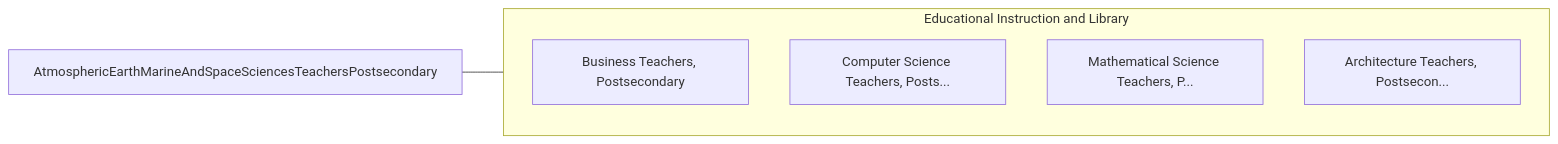
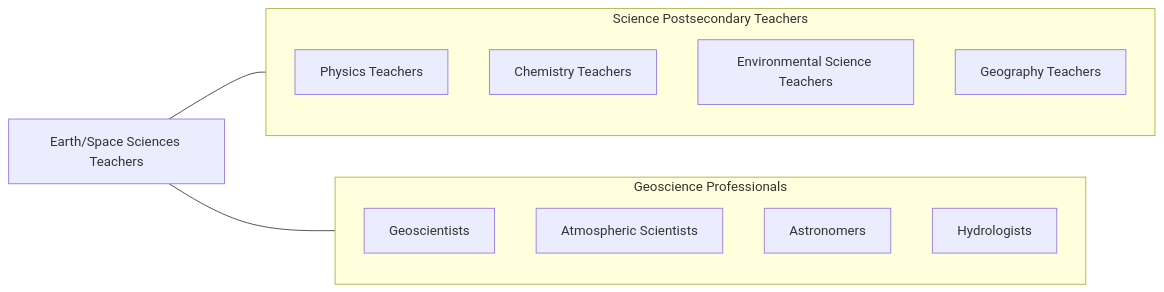
The fourth of 4 diagrams in occupations/Education/AtmosphericEarthMarineAndSpaceSciencesTeachersPostsecondary.mdx (kziemski/business.org.ai), drawn with Mermaid before and after one commit. The commit also changed other lines of this file and 938 other files, not shown here.

````diff
--- a/occupations/Education/AtmosphericEarthMarineAndSpaceSciencesTeachersPostsecondary.mdx
+++ b/occupations/Education/AtmosphericEarthMarineAndSpaceSciencesTeachersPostsecondary.mdx
@@ -89,13 +169,21 @@
 ```mermaid
 graph LR
-    Current["AtmosphericEarthMarineAndSpaceSciencesTeachersPostsecondary"]
+    Current["Earth/Space Sciences Teachers"]
 
-    subgraph SameCategory["Educational Instruction and Library"]
-        BusinessTeachersPost["Business Teachers, Postsecondary"]
-        ComputerScienceTeach["Computer Science Teachers, Posts..."]
-        MathematicalScienceT["Mathematical Science Teachers, P..."]
-        ArchitectureTeachers["Architecture Teachers, Postsecon..."]
+    subgraph SameCategory["Science Postsecondary Teachers"]
+        Physics["Physics Teachers"]
+        Chemistry["Chemistry Teachers"]
+        EnvSci["Environmental Science Teachers"]
+        Geography["Geography Teachers"]
+    end
+
+    subgraph CrossFunctional["Geoscience Professionals"]
+        Geologists["Geoscientists"]
+        Meteorologists["Atmospheric Scientists"]
+        Astronomers["Astronomers"]
+        Oceanographers["Hydrologists"]
     end
 
     Current --- SameCategory
+    Current --- CrossFunctional
 ```
````
